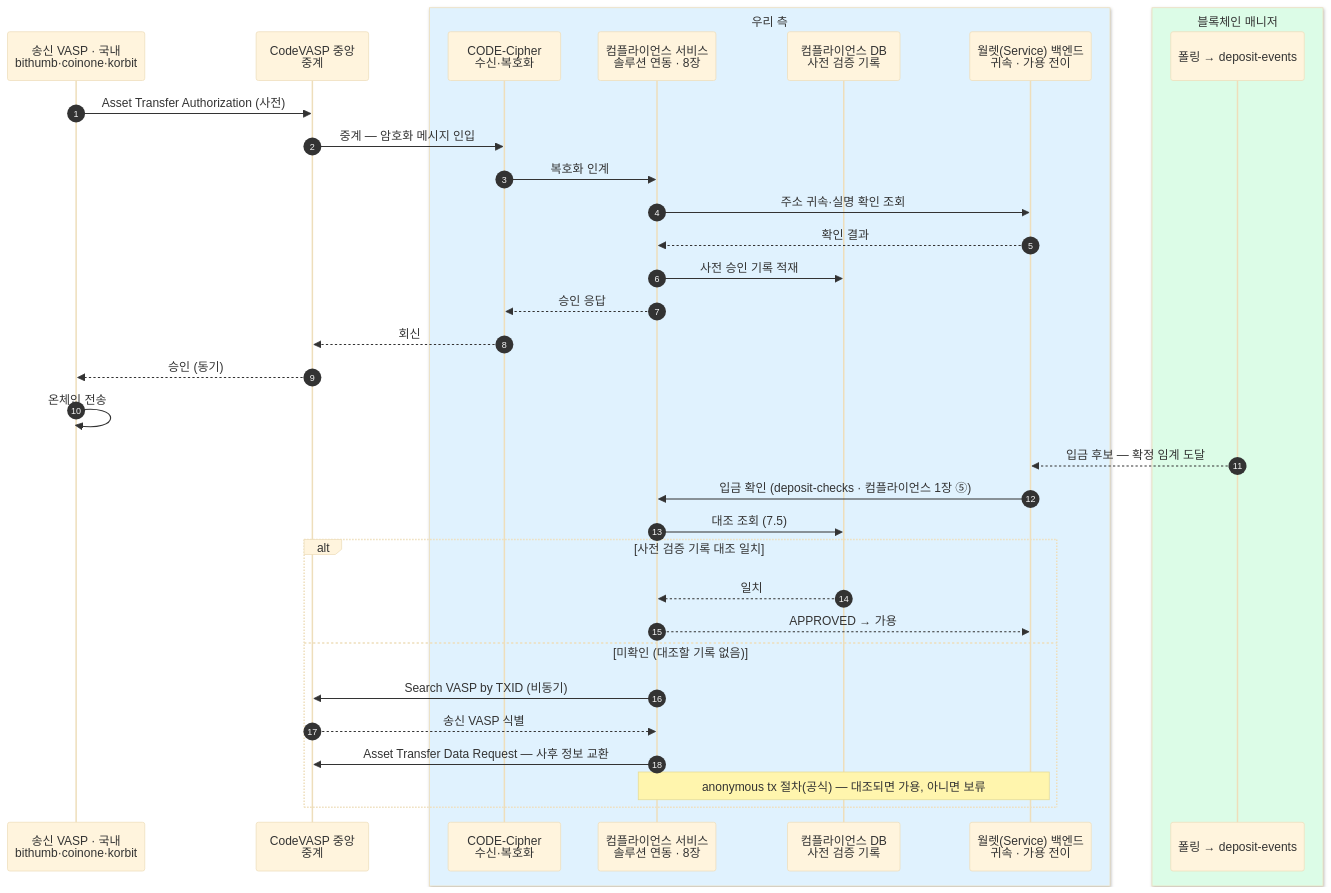
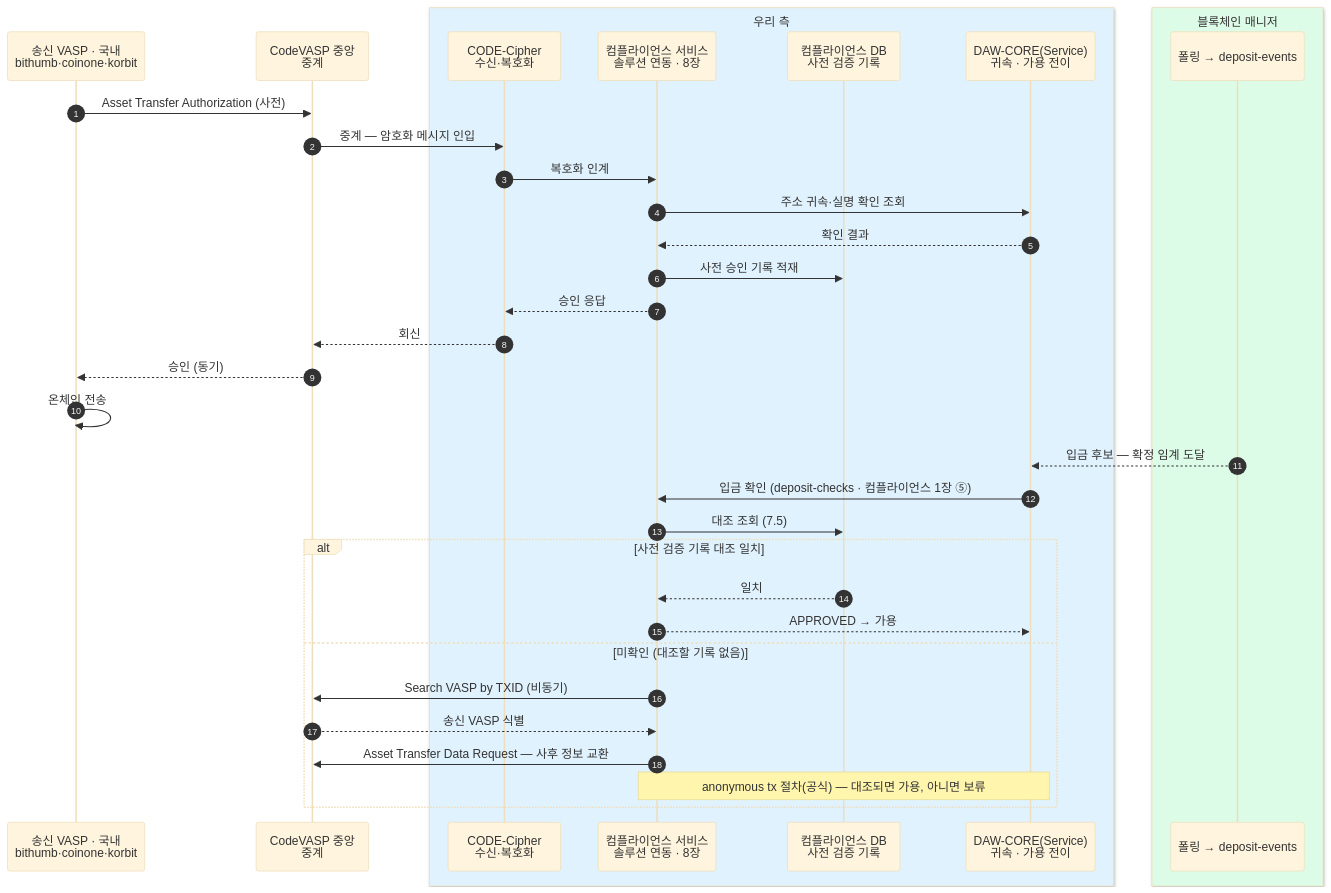
One commit to eunsujeo/eunpus changed diagram 11 of 11 in blockchain-manager/docs/트래블룰/설계/07-scenarios.md. Above: the diagram before and after it, drawn with Mermaid (base theme). The commit also changed other lines of this file and 25 other files, not shown here.

First line of the commit message:
컴플라이언스·온보딩 정리 — 코어 명칭 DAW-CORE 통일 + 출금 확인 비동기 통일 + 다이어그램 보강

````diff
--- a/blockchain-manager/docs/트래블룰/설계/07-scenarios.md
+++ b/blockchain-manager/docs/트래블룰/설계/07-scenarios.md
@@ -457,38 +457,38 @@
 ```mermaid
 sequenceDiagram
     autonumber
     participant SV as 송신 VASP · 국내<br/>bithumb·coinone·korbit
     participant CV as CodeVASP 중앙<br/>중계
     box rgb(224,242,254) 우리 측
     participant CC as CODE-Cipher<br/>수신·복호화
     participant TR as 컴플라이언스 서비스<br/>솔루션 연동 · 8장
     participant WQ as 컴플라이언스 DB<br/>사전 검증 기록
-    participant BE as 월렛(Service) 백엔드<br/>귀속 · 가용 전이
+    participant BE as DAW-CORE(Service)<br/>귀속 · 가용 전이
     end
     box rgb(220,252,231) 블록체인 매니저
     participant BM as 폴링 → deposit-events
     end
 
     SV->>CV: Asset Transfer Authorization (사전)
     CV->>CC: 중계 — 암호화 메시지 인입
     CC->>TR: 복호화 인계
     TR->>BE: 주소 귀속·실명 확인 조회
     BE-->>TR: 확인 결과
     TR->>WQ: 사전 승인 기록 적재
     TR-->>CC: 승인 응답
     CC-->>CV: 회신
     CV-->>SV: 승인 (동기)
     SV->>SV: 온체인 전송
     BM-->>BE: 입금 후보 — 확정 임계 도달
     BE->>TR: 입금 확인 (deposit-checks · 컴플라이언스 1장 ⑤)
     TR->>WQ: 대조 조회 (7.5)
     alt 사전 검증 기록 대조 일치
         WQ-->>TR: 일치
         TR-->>BE: APPROVED → 가용
     else 미확인 (대조할 기록 없음)
         TR->>CV: Search VASP by TXID (비동기)
         CV-->>TR: 송신 VASP 식별
         TR->>CV: Asset Transfer Data Request — 사후 정보 교환
         Note over TR,BE: anonymous tx 절차(공식) — 대조되면 가용, 아니면 보류
     end
 ```
````
